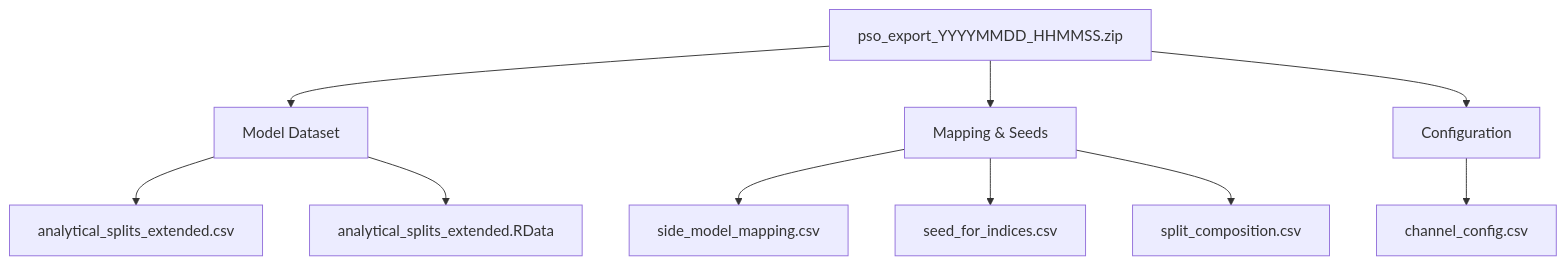
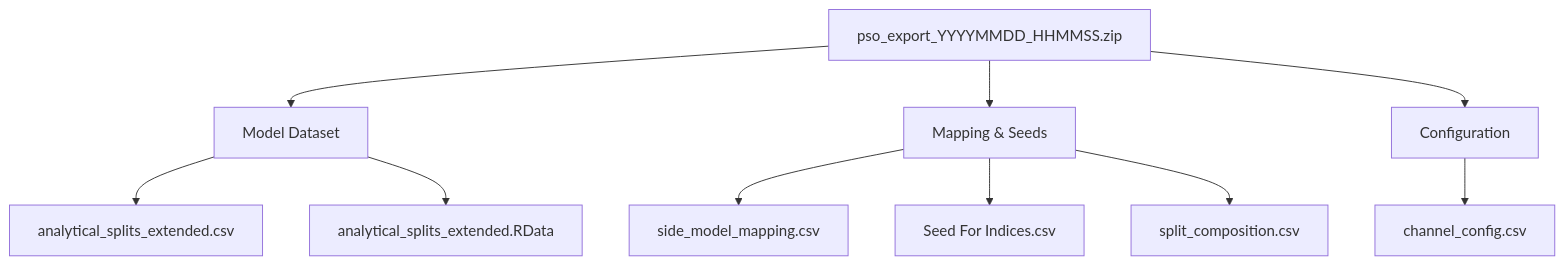
One commit to MiguelPalmaWpp/Split-Generator-for-PSO changed the eighth of 9 diagrams in README.md. Above: the diagram before and after it, drawn with Mermaid. The commit also changed other lines of this file and 39 other files, not shown here.

````diff
--- a/README.md
+++ b/README.md
@@ -334,13 +337,13 @@
 ```mermaid
 flowchart TB
     ZIP["pso_export_YYYYMMDD_HHMMSS.zip"] --> A["Model Dataset"]
     ZIP --> B["Mapping & Seeds"]
     ZIP --> C["Configuration"]
 
     A --> A1["analytical_splits_extended.csv"]
     A --> A2["analytical_splits_extended.RData"]
     B --> B1["side_model_mapping.csv"]
-    B --> B2["seed_for_indices.csv"]
+    B --> B2["Seed For Indices.csv"]
     B --> B3["split_composition.csv"]
     C --> C1["channel_config.csv"]
 ```
````
